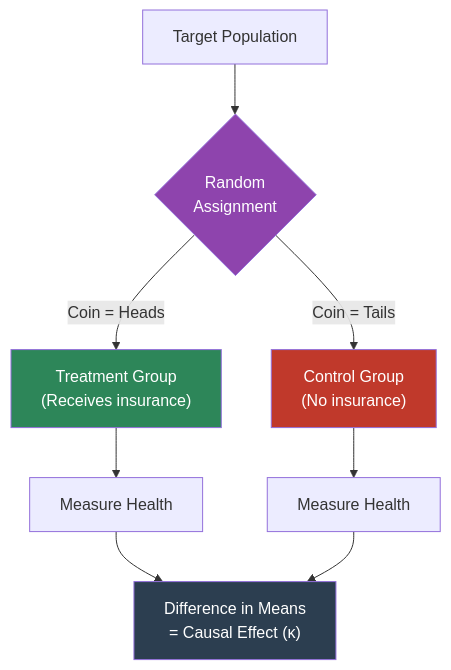
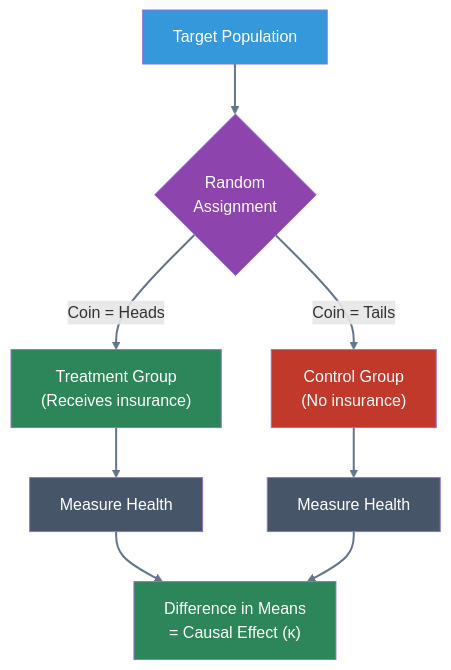
One commit to cmg777/intro2causal changed the fourth of 6 diagrams in notebooks_quarto/01-randomized-trials.qmd. Above: the diagram before and after it, drawn with Mermaid. The commit also changed other lines of this file and 17 other files, not shown here.

````diff
--- a/notebooks_quarto/01-randomized-trials.qmd
+++ b/notebooks_quarto/01-randomized-trials.qmd
@@ -561,18 +557,22 @@
 ```{mermaid}
 %%| label: fig-rct-design
 %%| fig-cap: "In an RCT, random assignment ensures the two groups are comparable. Any difference in outcomes must be caused by the treatment."
 
 graph TD
     P["Target Population"] --> R{"Random<br/>Assignment"}
     R -->|"Coin = Heads"| T["Treatment Group<br/>(Receives insurance)"]
     R -->|"Coin = Tails"| C["Control Group<br/>(No insurance)"]
     T --> OT["Measure Health"]
     C --> OC["Measure Health"]
     OT --> D["Difference in Means<br/>= Causal Effect (κ)"]
     OC --> D
 
+    style P fill:#3498db,color:#fff
     style R fill:#8e44ad,color:#fff
     style T fill:#2d8659,color:#fff
     style C fill:#c0392b,color:#fff
-    style D fill:#2c3e50,color:#fff
+    style OT fill:#475569,color:#fff
+    style OC fill:#475569,color:#fff
+    style D fill:#2d8659,color:#fff
+    linkStyle default stroke:#64748b,stroke-width:2px
 ```
````
